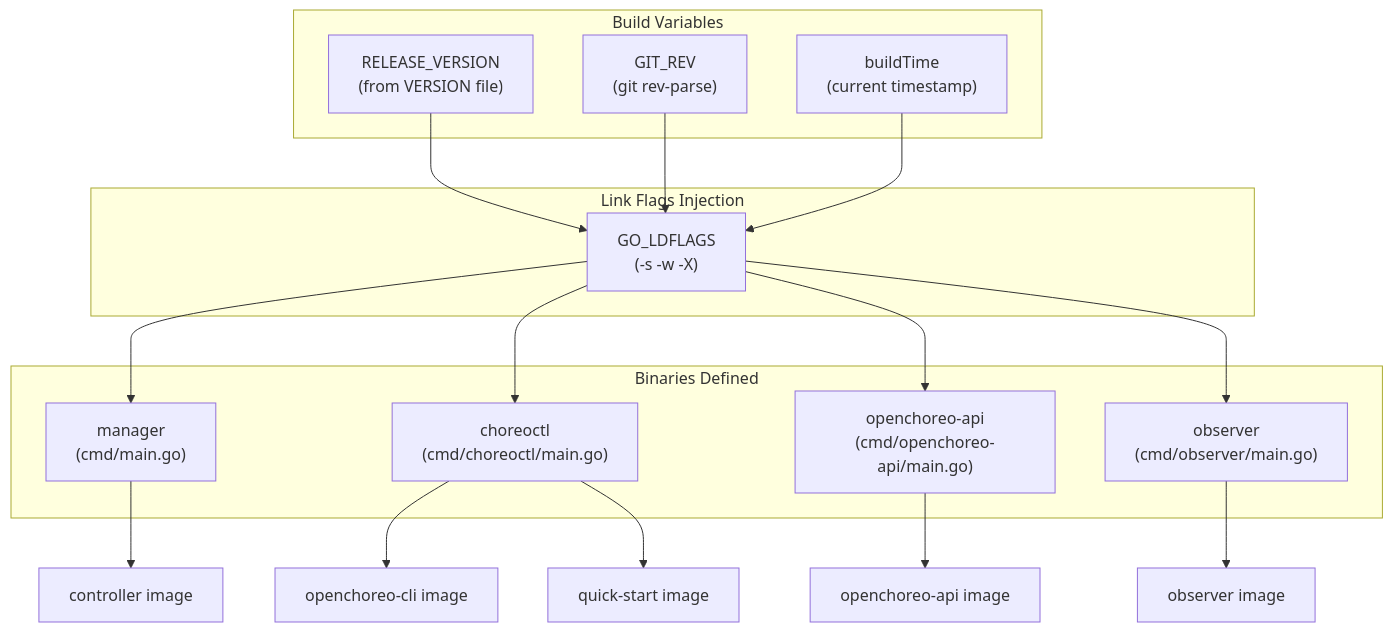
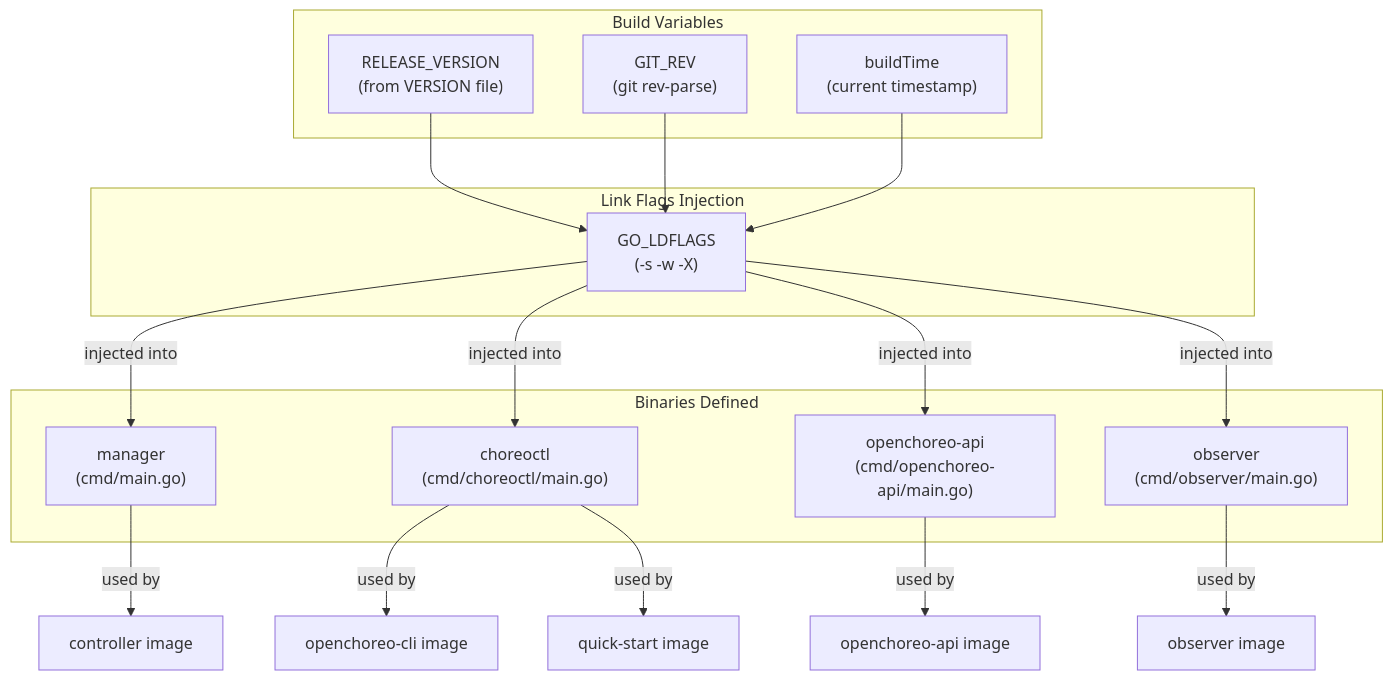
The third of 7 diagrams in docs/deepwiki/Development-and-Contribution.md (openchoreo/openchoreo), drawn with Mermaid before and after one commit. The commit also changed other lines of this file and 85 other files, not shown here.

Commit message:
feat: Add new workflow and specification templates, update Helm chart dependencies, and clarify documentation diagrams.

````diff
--- a/docs/deepwiki/Development-and-Contribution.md
+++ b/docs/deepwiki/Development-and-Contribution.md
@@ -169,47 +169,47 @@
 ```mermaid
 flowchart TD
 
 Version["RELEASE_VERSION<br>(from VERSION file)"]
 GitRev["GIT_REV<br>(git rev-parse)"]
 BuildTime["buildTime<br>(current timestamp)"]
 Manager["manager<br>(cmd/main.go)"]
 CLI["choreoctl<br>(cmd/choreoctl/main.go)"]
 API["openchoreo-api<br>(cmd/openchoreo-api/main.go)"]
 Observer["observer<br>(cmd/observer/main.go)"]
 LDFLAGS["GO_LDFLAGS<br>(-s -w -X)"]
 ControllerImage["controller image"]
 CLIImage["openchoreo-cli image"]
 QuickStartImage["quick-start image"]
 APIImage["openchoreo-api image"]
 ObserverImage["observer image"]
 
 Version --> LDFLAGS
 GitRev --> LDFLAGS
 BuildTime --> LDFLAGS
-LDFLAGS --> Manager
-LDFLAGS --> CLI
-LDFLAGS --> API
-LDFLAGS --> Observer
-Manager --> ControllerImage
-CLI --> CLIImage
-CLI --> QuickStartImage
-API --> APIImage
-Observer --> ObserverImage
+LDFLAGS -->|"injected into"| Manager
+LDFLAGS -->|"injected into"| CLI
+LDFLAGS -->|"injected into"| API
+LDFLAGS -->|"injected into"| Observer
+Manager -->|"used by"| ControllerImage
+CLI -->|"used by"| CLIImage
+CLI -->|"used by"| QuickStartImage
+API -->|"used by"| APIImage
+Observer -->|"used by"| ObserverImage
 
 subgraph subGraph2 ["Link Flags Injection"]
     LDFLAGS
 end
 
 subgraph subGraph1 ["Binaries Defined"]
     Manager
     CLI
     API
     Observer
 end
 
 subgraph subGraph0 ["Build Variables"]
     Version
     GitRev
     BuildTime
 end
 ```
````
